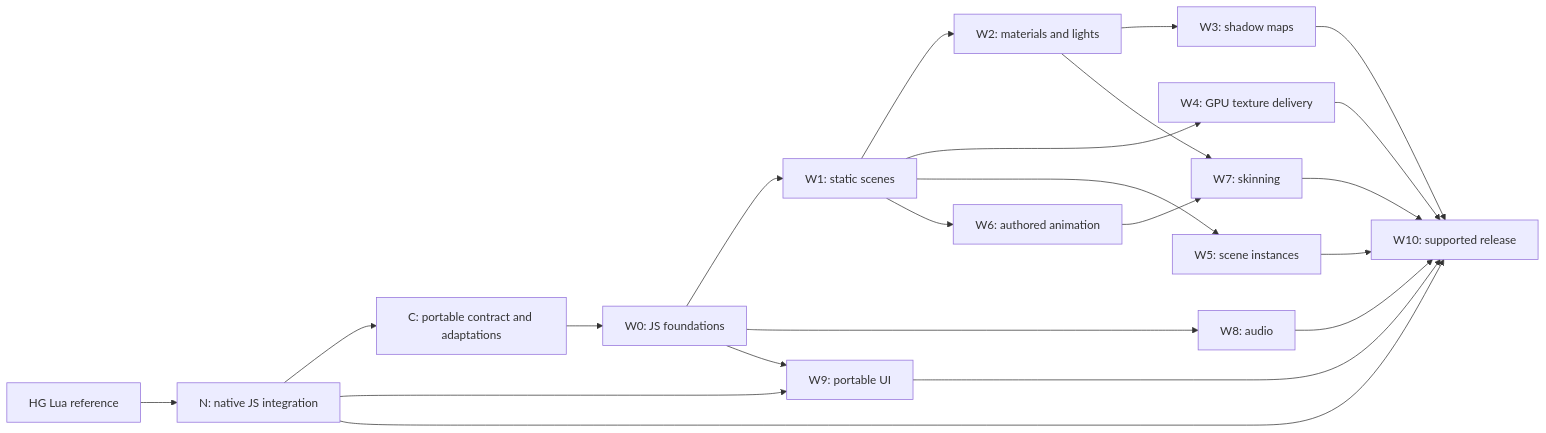
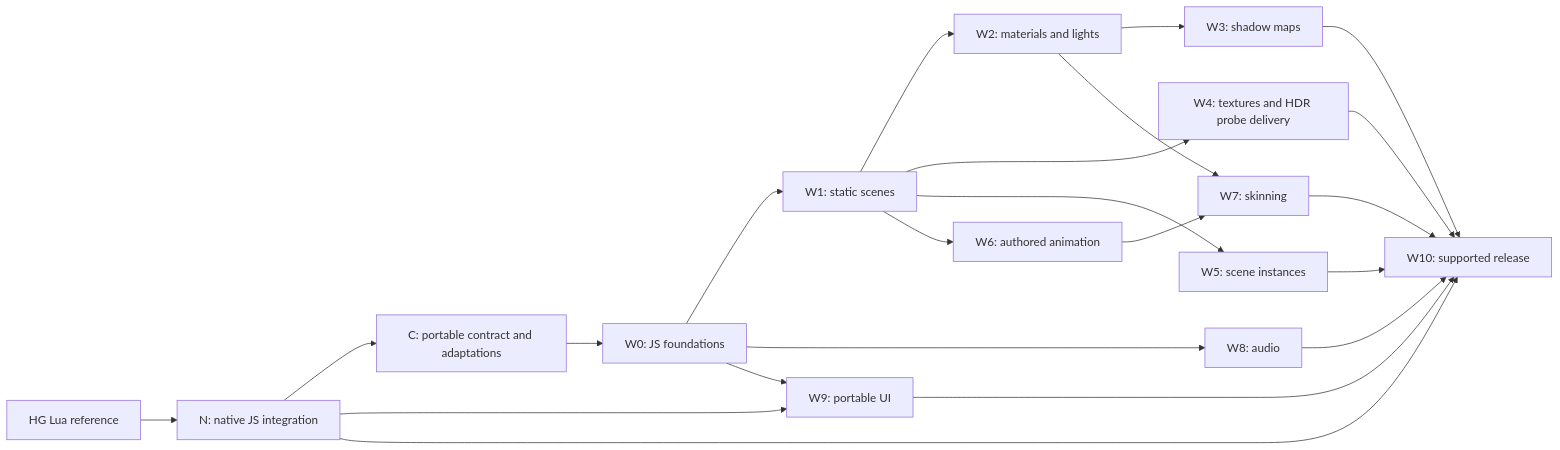
One commit to astrofra/harfang3d changed the diagram in specifications/SPECS_HYBRID_CPP_JS_WEBGL_DELIVERY_SLICES.md. Above: the diagram before and after it, drawn with Mermaid. The commit also changed other lines of this file and 3 other files, not shown here.

````diff
--- a/specifications/SPECS_HYBRID_CPP_JS_WEBGL_DELIVERY_SLICES.md
+++ b/specifications/SPECS_HYBRID_CPP_JS_WEBGL_DELIVERY_SLICES.md
@@ -44,24 +46,24 @@
 ```mermaid
 flowchart LR
     Lua[HG Lua reference] --> N[N: native JS integration]
     N --> C[C: portable contract and adaptations]
     C --> W0[W0: JS foundations]
     W0 --> W1[W1: static scenes]
     W1 --> W2[W2: materials and lights]
     W2 --> W3[W3: shadow maps]
-    W1 --> W4[W4: GPU texture delivery]
+    W1 --> W4[W4: textures and HDR probe delivery]
     W1 --> W5[W5: scene instances]
     W1 --> W6[W6: authored animation]
     W6 --> W7[W7: skinning]
     W2 --> W7
     W0 --> W8[W8: audio]
     W0 --> W9[W9: portable UI]
     N --> W9
     N --> W10[W10: supported release]
     W3 --> W10
     W4 --> W10
     W5 --> W10
     W7 --> W10
     W8 --> W10
     W9 --> W10
 ```
````
